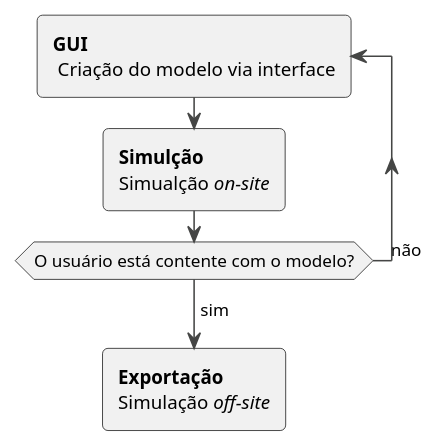
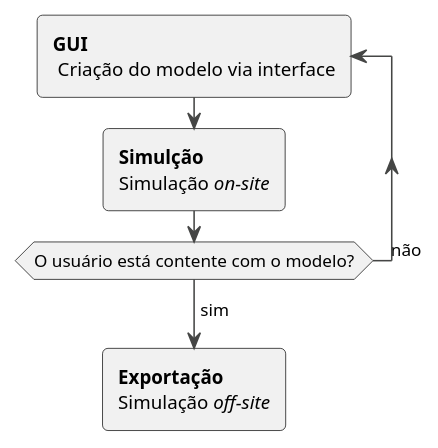
The diagram in diagrams/src/fluxograma-exp.puml (Syndelis/dissertacao-mestrado), drawn with PlantUML before and after one commit.

Commit message:
corrigir erro de digitação no diagrama de experiência do usuário

```diff
--- a/diagrams/src/fluxograma-exp.puml
+++ b/diagrams/src/fluxograma-exp.puml
@@ -1,13 +1,13 @@
 @startuml
 !theme vibrant
 repeat :**GUI**\n Criação do modelo via interface;
 
 :**Simulção**
-Simualção //on-site//;
+Simulação //on-site//;
 
 repeat while (O usuário está contente com o modelo?) is (    não)
 -> sim;
 
 :**Exportação**
 Simulação //off-site//;
 @enduml
```
